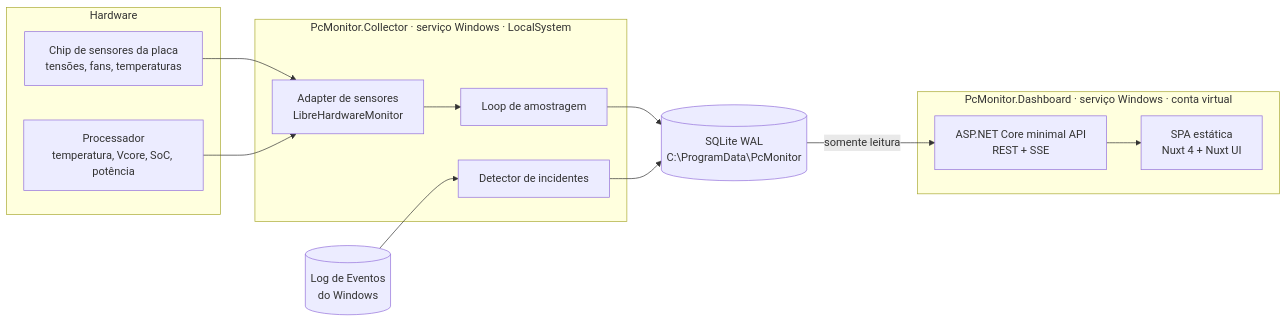
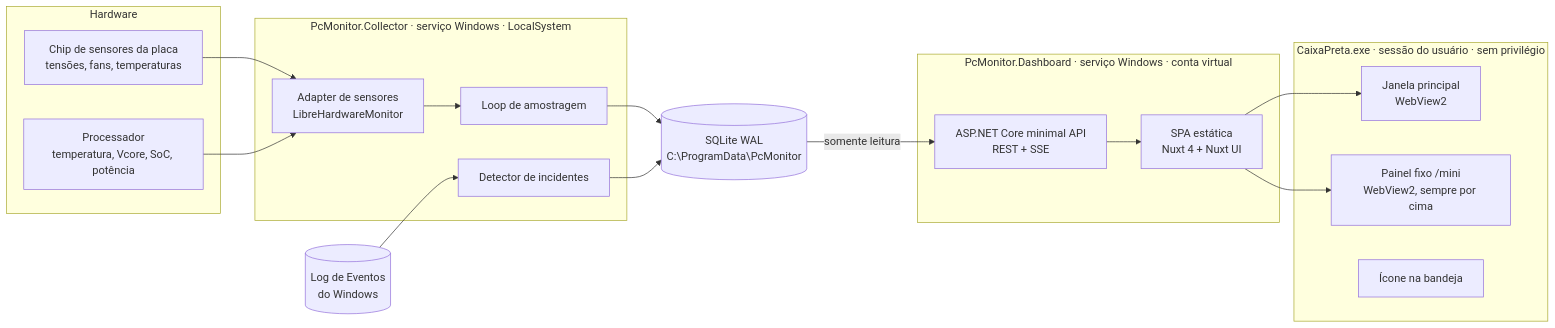
Before and after one commit to oGabrielSilva/caixa-preta-pc-monitor: the first of 2 diagrams in docs/architecture/overview.md, drawn with Mermaid. The commit also changed other lines of this file and 9 other files, not shown here.

````diff
--- a/docs/architecture/overview.md
+++ b/docs/architecture/overview.md
@@ -9,27 +9,35 @@
 ```mermaid
 flowchart LR
     subgraph HW[Hardware]
         SIO[Chip de sensores da placa<br/>tensões, fans, temperaturas]
         CPU[Processador<br/>temperatura, Vcore, SoC, potência]
     end
 
     subgraph SVC["PcMonitor.Collector · serviço Windows · LocalSystem"]
         LHM[Adapter de sensores<br/>LibreHardwareMonitor]
         LOOP[Loop de amostragem]
         DET[Detector de incidentes]
     end
 
     EVT[(Log de Eventos<br/>do Windows)]
     DB[(SQLite WAL<br/>C:\ProgramData\PcMonitor)]
 
     subgraph DASH["PcMonitor.Dashboard · serviço Windows · conta virtual"]
         API[ASP.NET Core minimal API<br/>REST + SSE]
         UI[SPA estática<br/>Nuxt 4 + Nuxt UI]
     end
 
     SIO --> LHM
     CPU --> LHM
     LHM --> LOOP --> DB
     EVT --> DET --> DB
+    subgraph TRAY["CaixaPreta.exe · sessão do usuário · sem privilégio"]
+        MAIN[Janela principal<br/>WebView2]
+        MINI[Painel fixo /mini<br/>WebView2, sempre por cima]
+        ICON[Ícone na bandeja]
+    end
+
     DB -- somente leitura --> API --> UI
+    UI --> MAIN
+    UI --> MINI
 ```
````
